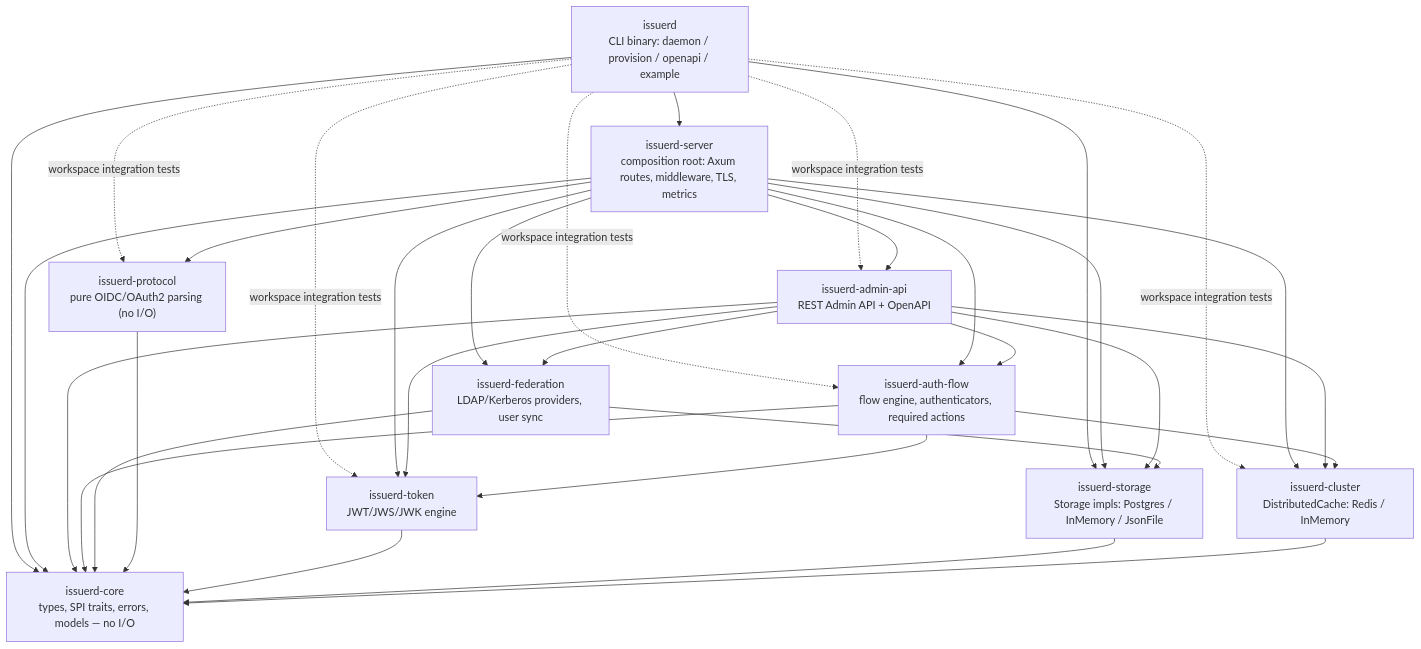
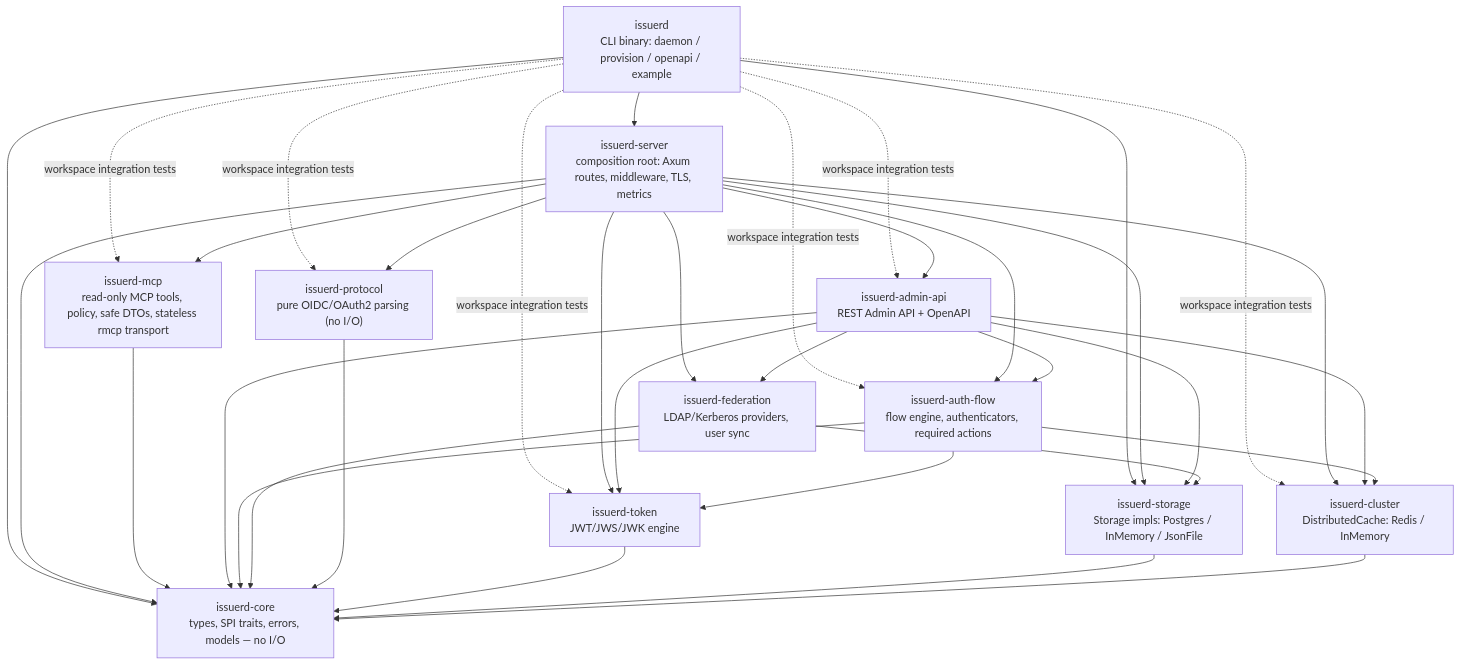
One commit to issuerd/issuerd changed the diagram in ARCHITECTURE.md. Above: the diagram before and after it, drawn with Mermaid. The commit also changed other lines of this file and 17 other files, not shown here.

Commit message:
feat: add read-only MCP tool library

````diff
--- a/ARCHITECTURE.md
+++ b/ARCHITECTURE.md
@@ -21,45 +21,49 @@
 ```mermaid
 flowchart TD
     issuerd["issuerd<br/>CLI binary: daemon / provision / openapi / example"]
     issuerd_server["issuerd-server<br/>composition root: Axum routes, middleware, TLS, metrics"]
     issuerd_admin_api["issuerd-admin-api<br/>REST Admin API + OpenAPI"]
     issuerd_auth_flow["issuerd-auth-flow<br/>flow engine, authenticators, required actions"]
     issuerd_federation["issuerd-federation<br/>LDAP/Kerberos providers, user sync"]
     issuerd_protocol["issuerd-protocol<br/>pure OIDC/OAuth2 parsing (no I/O)"]
     issuerd_token["issuerd-token<br/>JWT/JWS/JWK engine"]
     issuerd_storage["issuerd-storage<br/>Storage impls: Postgres / InMemory / JsonFile"]
     issuerd_cluster["issuerd-cluster<br/>DistributedCache: Redis / InMemory"]
+    issuerd_mcp["issuerd-mcp<br/>read-only MCP tools, policy, safe DTOs, stateless rmcp transport"]
     issuerd_core["issuerd-core<br/>types, SPI traits, errors, models — no I/O"]
 
     issuerd --> issuerd_server
     issuerd --> issuerd_core
     issuerd --> issuerd_storage
     issuerd -. "workspace integration tests" .-> issuerd_protocol
     issuerd -. "workspace integration tests" .-> issuerd_auth_flow
     issuerd -. "workspace integration tests" .-> issuerd_token
     issuerd -. "workspace integration tests" .-> issuerd_cluster
     issuerd -. "workspace integration tests" .-> issuerd_admin_api
+    issuerd -. "workspace integration tests" .-> issuerd_mcp
     issuerd_server --> issuerd_admin_api
     issuerd_server --> issuerd_auth_flow
     issuerd_server --> issuerd_federation
     issuerd_server --> issuerd_protocol
     issuerd_server --> issuerd_token
     issuerd_server --> issuerd_storage
     issuerd_server --> issuerd_cluster
+    issuerd_server --> issuerd_mcp
     issuerd_server --> issuerd_core
+    issuerd_mcp --> issuerd_core
     issuerd_admin_api --> issuerd_auth_flow
     issuerd_admin_api --> issuerd_federation
     issuerd_admin_api --> issuerd_token
     issuerd_admin_api --> issuerd_storage
     issuerd_admin_api --> issuerd_cluster
     issuerd_auth_flow --> issuerd_token
     issuerd_auth_flow --> issuerd_cluster
     issuerd_federation --> issuerd_storage
     issuerd_admin_api --> issuerd_core
     issuerd_auth_flow --> issuerd_core
     issuerd_federation --> issuerd_core
     issuerd_protocol --> issuerd_core
     issuerd_token --> issuerd_core
     issuerd_storage --> issuerd_core
     issuerd_cluster --> issuerd_core
 ```
````
